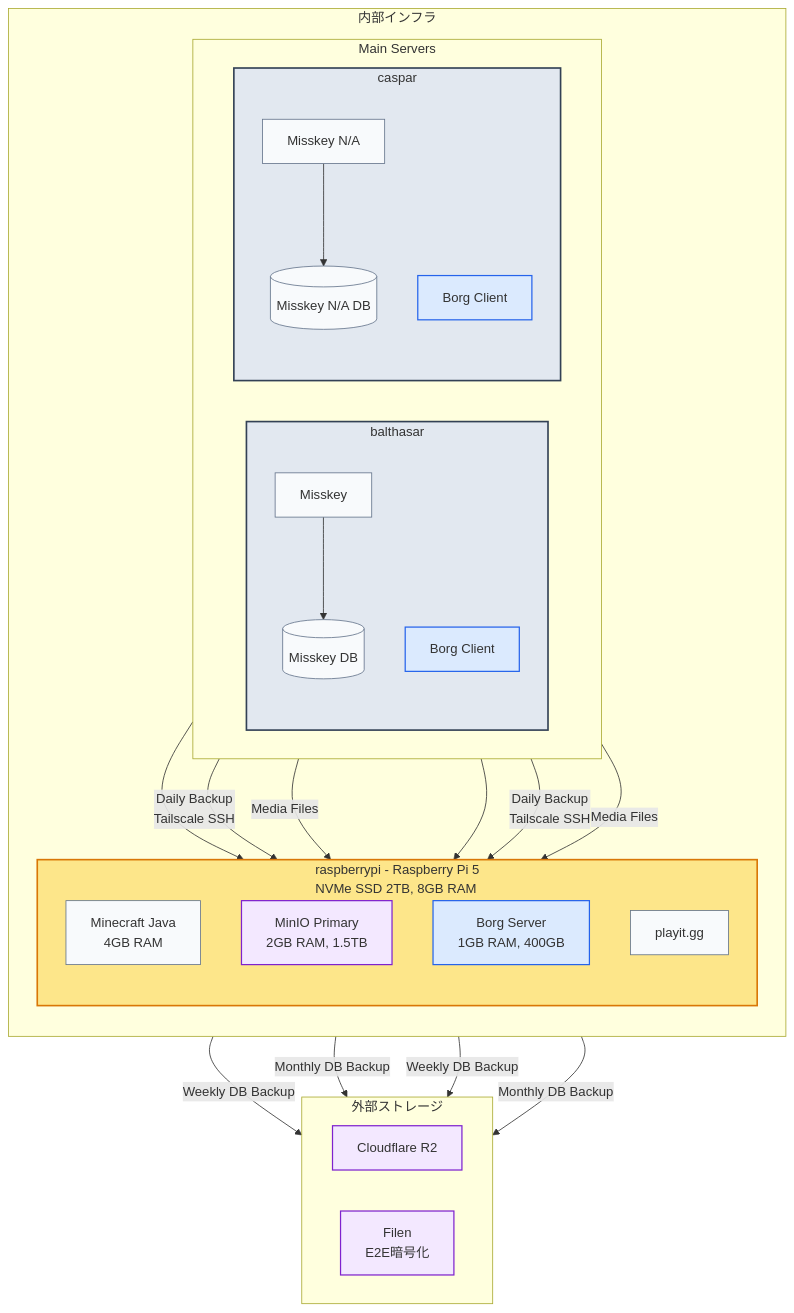
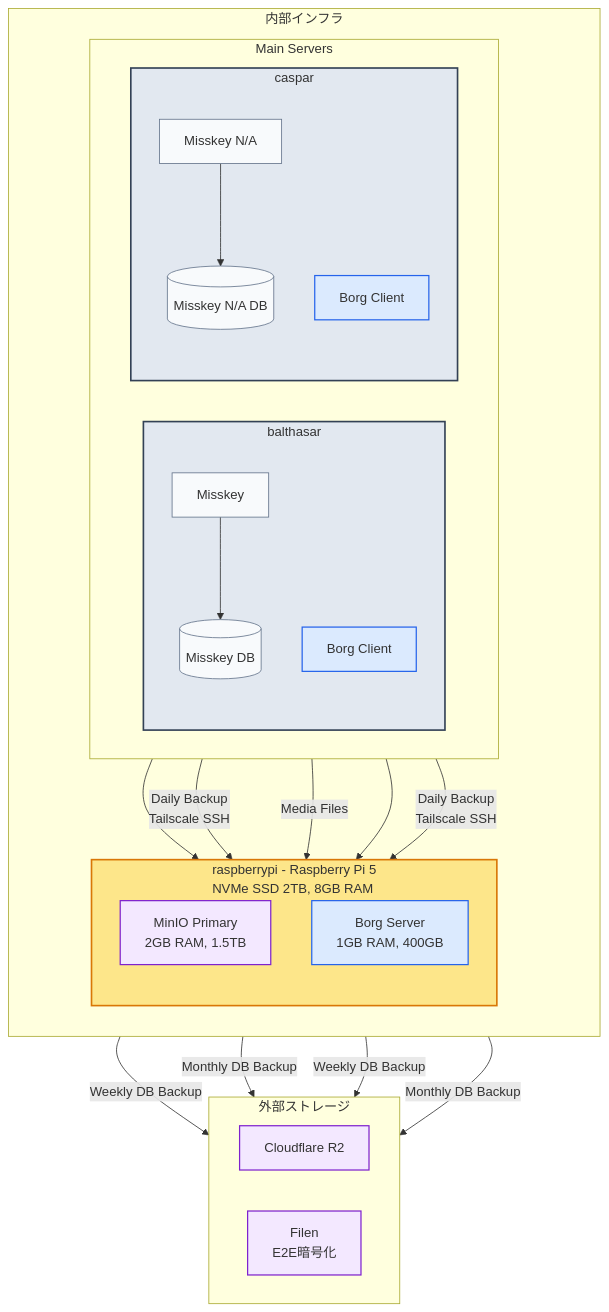
The third of 4 diagrams in README.md (yamisskey-dev/hosted-list), drawn with Mermaid before and after one commit.

````diff
--- a/README.md
+++ b/README.md
@@ -217,76 +217,73 @@
 ```mermaid
 graph TB
 %% Style definitions
 classDef homeServer fill:#e2e8f0,stroke:#334155,stroke-width:2px
 classDef service fill:#f8fafc,stroke:#64748b,stroke-width:1px
 classDef backup fill:#dbeafe,stroke:#2563eb,stroke-width:1.5px
 classDef storage fill:#f3e8ff,stroke:#7e22ce,stroke-width:1.5px
 classDef rpi fill:#fde68a,stroke:#d97706,stroke-width:2px
 
 %% External storage services
 subgraph external[外部ストレージ]
    direction LR
    r2[Cloudflare R2]:::storage
    filen[Filen\nE2E暗号化]:::storage
 end
 
 %% Support Infrastructure 
 subgraph internal[内部インフラ]
    direction TB
    
    %% Raspberry Pi with MinIO and Backup
    subgraph raspi[raspberrypi - Raspberry Pi 5<br/>NVMe SSD 2TB, 8GB RAM]
        direction TB
-       minecraft[Minecraft Java<br/>4GB RAM]:::service
        minio_main[MinIO Primary<br/>2GB RAM, 1.5TB]:::storage
        borg_server[Borg Server<br/>1GB RAM, 400GB]:::backup
-       playig[playit.gg]:::service
    end
    
    %% Main servers with backup clients
    subgraph main_servers[Main Servers]
        direction LR
        
        subgraph balthasar[balthasar]
            direction TB
            yamisskey[Misskey]:::service
            yamisskey_db[(Misskey DB)]:::service
            borg_client_b[Borg Client]:::backup
        end
        
        subgraph caspar[caspar]
            direction TB
            nayamisskey[Misskey N/A]:::service
            nayamisskey_db[(Misskey N/A DB)]:::service
            borg_client_c[Borg Client]:::backup
        end
    end
 end
 
 %% Internal service connections
 yamisskey --> yamisskey_db
 yamisskey --> minio_main
 nayamisskey --> nayamisskey_db
 nayamisskey --> minio_main
 
 %% DB backup connections to external storage
 yamisskey_db -- "Weekly DB Backup" --> r2
 yamisskey_db -- "Monthly DB Backup" --> filen
 nayamisskey_db -- "Weekly DB Backup" --> r2
 nayamisskey_db -- "Monthly DB Backup" --> filen
 
 %% Borg backup connections (All to raspberrypi)
 borg_client_b -- "Daily Backup<br/>Tailscale SSH" --> borg_server
 borg_client_c -- "Daily Backup<br/>Tailscale SSH" --> borg_server
 
 %% MinIO connections
 yamisskey_db -- "Media Files" --> minio_main
-nayamisskey_db -- "Media Files" --> minio_main
 
 %% Apply styles
 class balthasar,caspar homeServer
 class raspi rpi
-class yamisskey,nayamisskey,yamisskey_db,nayamisskey_db,minecraft,playig service
+class yamisskey,nayamisskey,yamisskey_db,nayamisskey_db service
 class borg_client_b,borg_client_c,borg_server backup
 class r2,filen,minio_main storage
 ```
````
